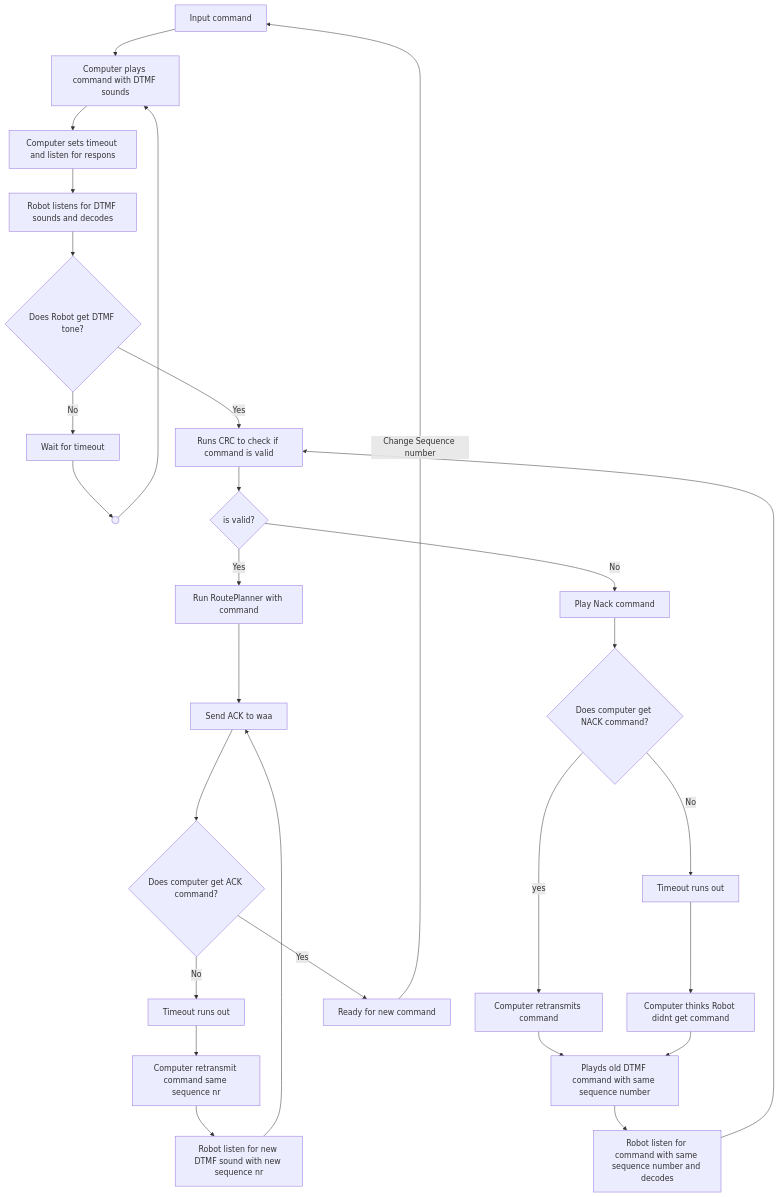
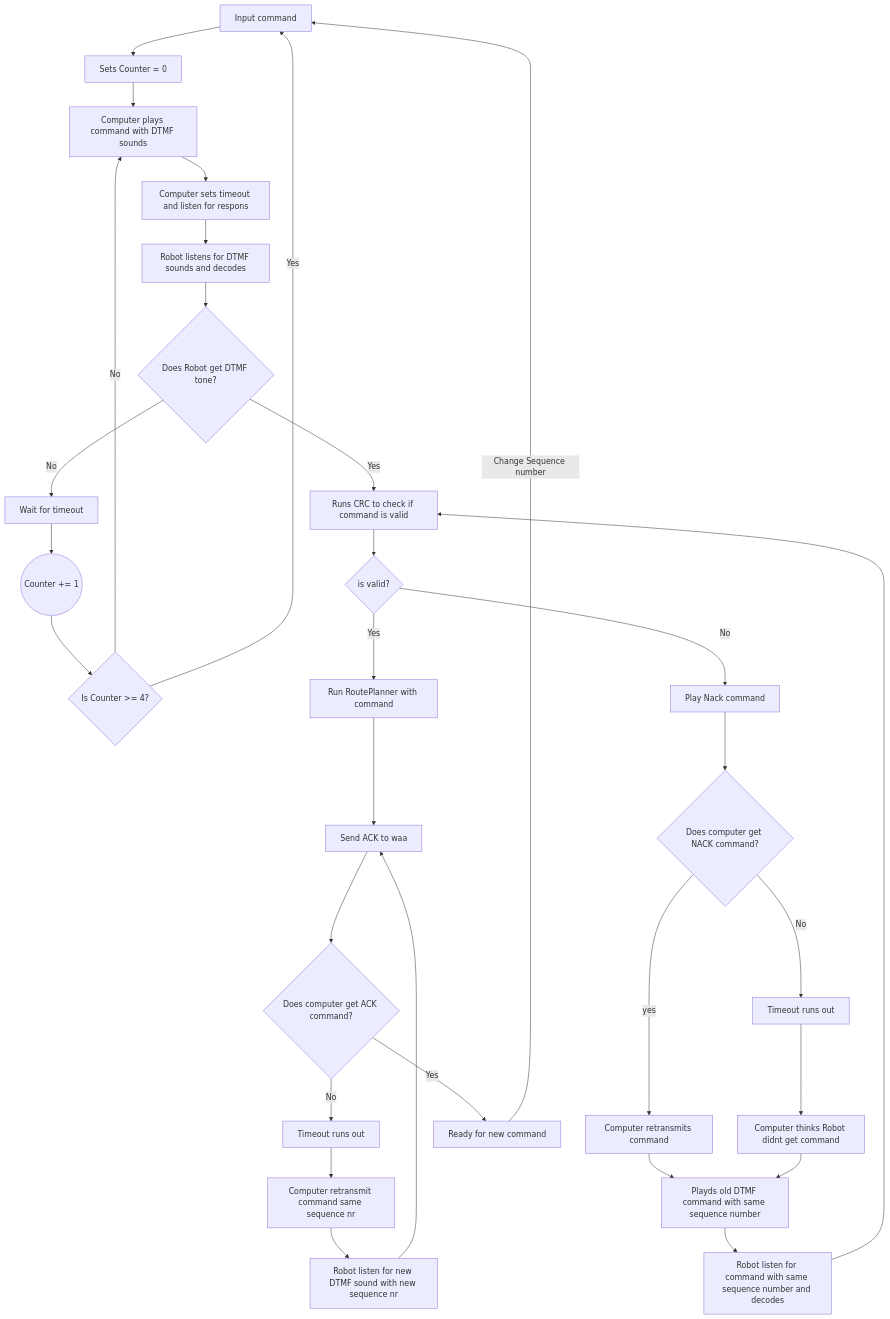
Before and after one commit to RasKil02/Semesterproject_3_Mobile_Robot_Systems: the diagram in ProtocolSpeaker_connection/Flowchart_IdeDesign_Protocol.md, drawn with Mermaid. The commit also changed 1 other file, not shown here.

Commit message:
flow chart change

````diff
--- a/ProtocolSpeaker_connection/Flowchart_IdeDesign_Protocol.md
+++ b/ProtocolSpeaker_connection/Flowchart_IdeDesign_Protocol.md
@@ -1,37 +1,40 @@
 ```mermaid
 flowchart TD
-    A[Input command] --> B[Computer plays command with DTMF sounds]
+    A[Input command] --> U[Sets Counter = 0]
+
+    U --> B[Computer plays command with DTMF sounds]
     B --> C[Computer sets timeout and listen for respons]
 
     C --> D[Robot listens for DTMF sounds and decodes]
     D --> E{Does Robot get DTMF tone?}
     E --> |Yes| V[Runs CRC to check if command is valid]
     E --> |No| W[Wait for timeout]
 
     %% Dummy node to avoid unwanted arrow from W → V
-    W --> X(( )) --> B
-
+    W --> X((Counter += 1)) --> Z{Is Counter >= 4?}
+    Z --> |No| B
+    Z --> |Yes| A
     V --> F{is valid?}
     F --> |Yes| G[Run RoutePlanner with command]
     G --> H[Send ACK to waa]
     F --> |No| I[Play Nack command]
     I --> J{Does computer get NACK command?}
     J --> |yes| K[Computer retransmits command]
     K --> L
     
     J --> |No| M[Timeout runs out]
     M --> N[Computer thinks Robot didnt get command]
 
     O --> |Change Sequence number| A
     H --> P{Does computer get ACK command?}
     P --> |Yes| O[Ready for new command]
 
     N --> L[Playds old DTMF command with same sequence number]
     L --> Q[Robot listen for command with same sequence number and decodes]
     Q --> V  
 
     P --> |No| R[Timeout runs out]
     R --> S[Computer retransmit command same sequence nr]
     S --> T[Robot listen for new DTMF sound with new sequence nr]
     T --> H
 ```
````
